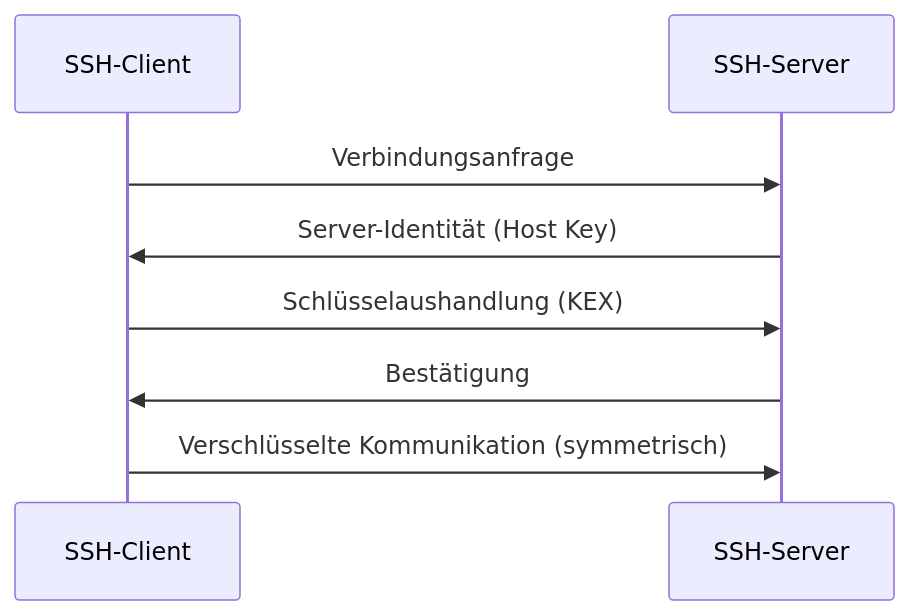
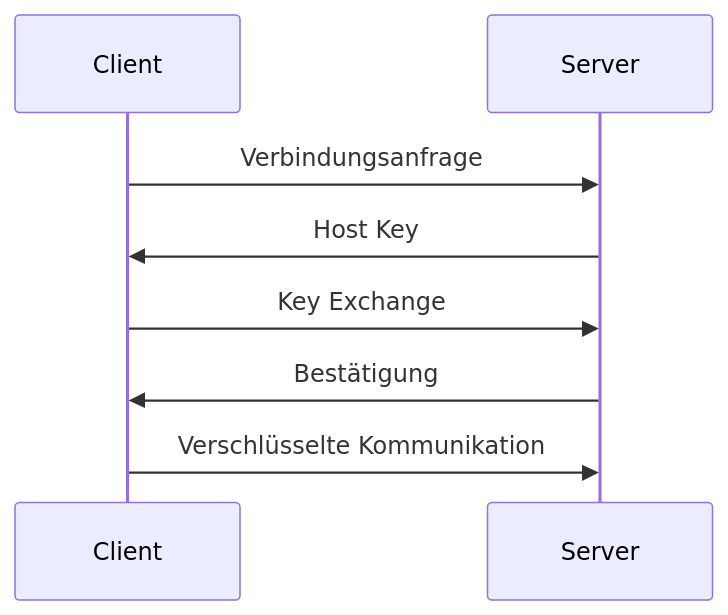
One commit to seanconroy-dev/FIAE_Umschulung_Notes changed the second of 2 diagrams in BS/WED/17-12-2025_BS_WED.md. Above: the diagram before and after it, drawn with Mermaid. The commit also changed other lines of this file, not shown here.

Commit message:
Update SSH and cryptography content in documentation

````diff
--- a/BS/WED/17-12-2025_BS_WED.md
+++ b/BS/WED/17-12-2025_BS_WED.md
@@ -132,11 +145,10 @@
 ```mermaid
 sequenceDiagram
-    participant Client as SSH-Client
-    participant Server as SSH-Server
-
+    participant Client
+    participant Server
     Client->>Server: Verbindungsanfrage
-    Server->>Client: Server-Identität (Host Key)
-    Client->>Server: Schlüsselaushandlung (KEX)
+    Server->>Client: Host Key
+    Client->>Server: Key Exchange
     Server->>Client: Bestätigung
-    Client->>Server: Verschlüsselte Kommunikation (symmetrisch)
+    Client->>Server: Verschlüsselte Kommunikation
 ```
````
